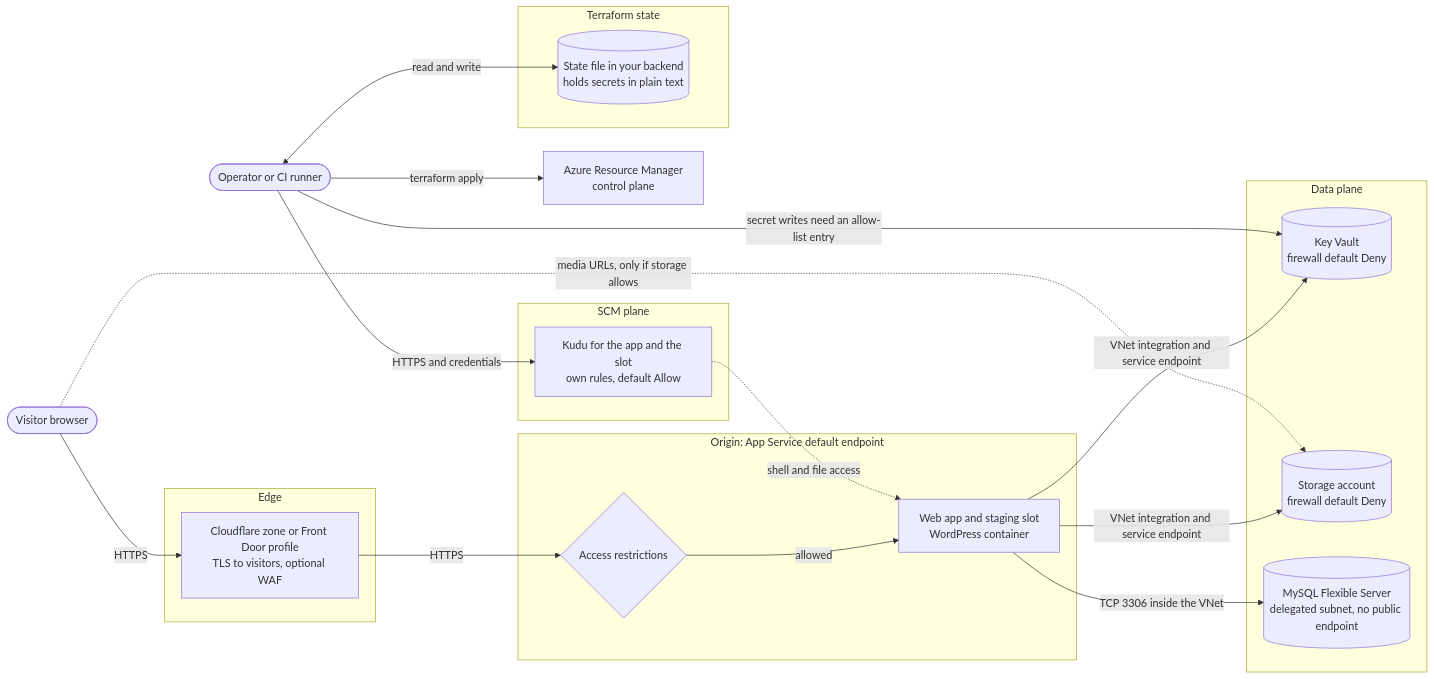
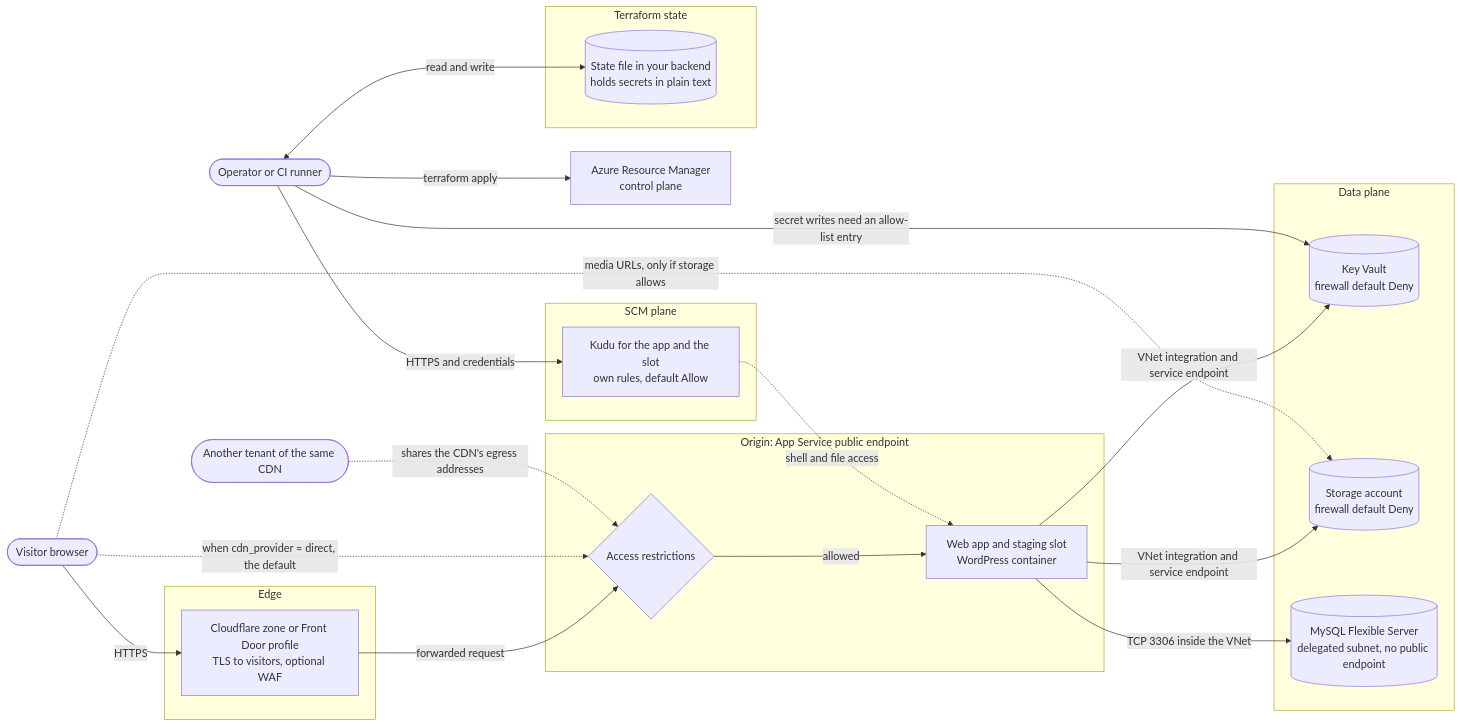
One commit to agenticcodingops/azure-wordpress changed the first of 2 diagrams in docs/security-model.md. Above: the diagram before and after it, drawn with Mermaid. The commit also changed other lines of this file and 2 other files, not shown here.

````diff
--- a/docs/security-model.md
+++ b/docs/security-model.md
@@ -43,43 +43,46 @@
 ```mermaid
 flowchart LR
     visitor(["Visitor browser"])
+    other(["Another tenant of the same CDN"])
     operator(["Operator or CI runner"])
 
     subgraph edge["Edge"]
         cdn["Cloudflare zone or Front Door profile<br/>TLS to visitors, optional WAF"]
     end
 
-    subgraph origin["Origin: App Service default endpoint"]
+    subgraph origin["Origin: App Service public endpoint"]
         rules{"Access restrictions"}
         app["Web app and staging slot<br/>WordPress container"]
     end
 
     subgraph scm["SCM plane"]
         kudu["Kudu for the app and the slot<br/>own rules, default Allow"]
     end
 
     subgraph data["Data plane"]
         kv[("Key Vault<br/>firewall default Deny")]
         st[("Storage account<br/>firewall default Deny")]
         db[("MySQL Flexible Server<br/>delegated subnet, no public endpoint")]
     end
 
     subgraph tfstate["Terraform state"]
         tfs[("State file in your backend<br/>holds secrets in plain text")]
     end
 
     arm["Azure Resource Manager<br/>control plane"]
 
     visitor -->|"HTTPS"| cdn
-    cdn -->|"HTTPS"| rules
+    cdn -->|"forwarded request"| rules
+    visitor -.->|"when cdn_provider = direct, the default"| rules
+    other -.->|"shares the CDN's egress addresses"| rules
     rules -->|"allowed"| app
     operator -->|"HTTPS and credentials"| kudu
     kudu -.->|"shell and file access"| app
     app -->|"VNet integration and service endpoint"| kv
     app -->|"VNet integration and service endpoint"| st
     app -->|"TCP 3306 inside the VNet"| db
     visitor -.->|"media URLs, only if storage allows"| st
     operator -->|"terraform apply"| arm
     operator -->|"secret writes need an allow-list entry"| kv
     operator <-->|"read and write"| tfs
 ```
````
